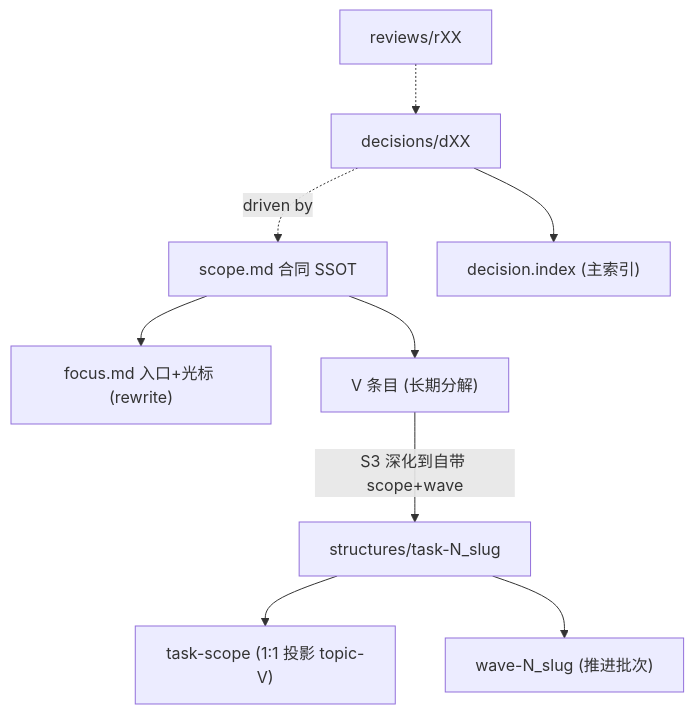
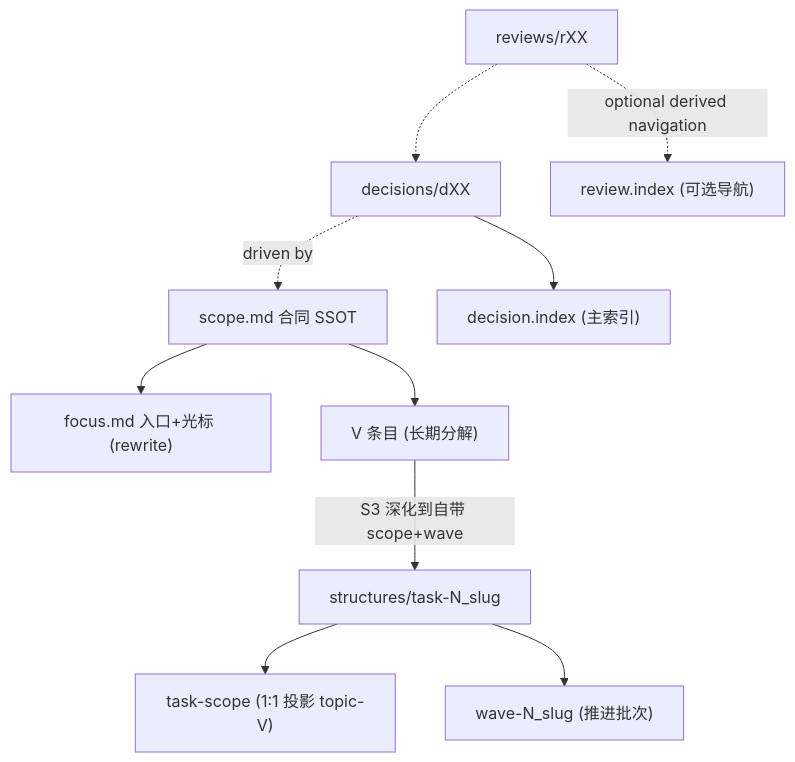
The diagram in skills/workflow/shared/topic-format-spec.md (ArnoFrost/prism), drawn with Mermaid before and after one commit. The commit also changed other lines of this file and 54 other files, not shown here.

````diff
--- a/skills/workflow/shared/topic-format-spec.md
+++ b/skills/workflow/shared/topic-format-spec.md
@@ -37,11 +37,12 @@
 ```mermaid
 flowchart TD
   scope["scope.md 合同 SSOT"] --> focus["focus.md 入口+光标 (rewrite)"]
   scope --> Vitems["V 条目 (长期分解)"]
   Vitems -->|"S3 深化到自带 scope+wave"| task["structures/task-N_slug"]
   task --> taskscope["task-scope (1:1 投影 topic-V)"]
   task --> wave["wave-N_slug (推进批次)"]
   reviews["reviews/rXX"] -.-> decisions["decisions/dXX"]
   decisions -.driven by.-> scope
   decisions --> dindex["decision.index (主索引)"]
+  reviews -. "optional derived navigation" .-> rindex["review.index (可选导航)"]
 ```
````
